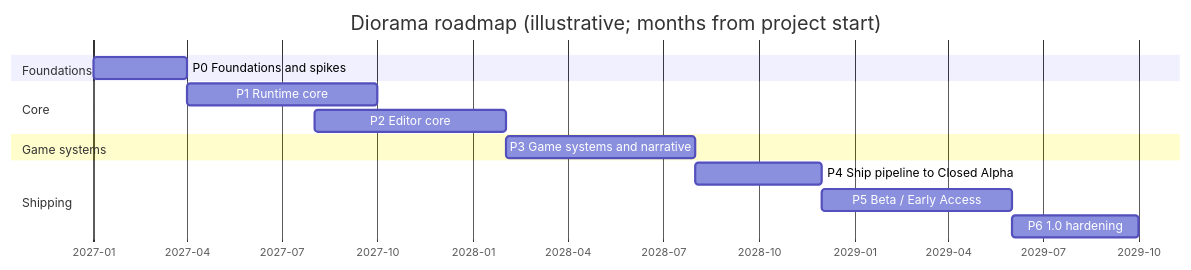
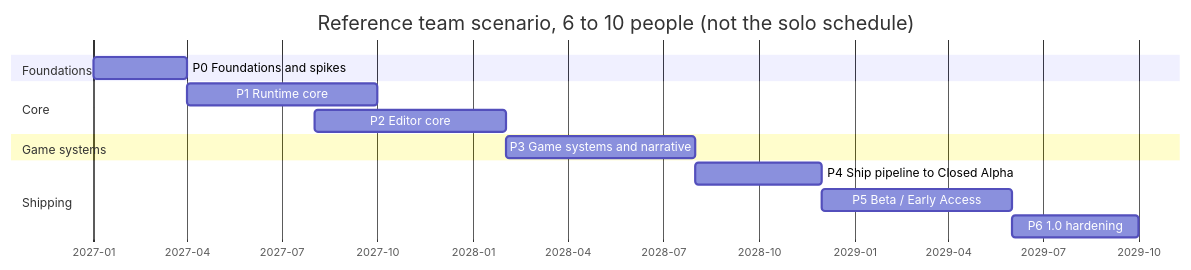
The first of 2 diagrams in docs/plan/08-roadmap.md (antonioditcharo/2D-HD-Pixel-Game-Engine), drawn with Mermaid before and after one commit. The commit also changed other lines of this file and 9 other files, not shown here.

````diff
--- a/docs/plan/08-roadmap.md
+++ b/docs/plan/08-roadmap.md
@@ -22,17 +29,17 @@
 ```mermaid
 gantt
     dateFormat  YYYY-MM
     axisFormat  %Y-%m
-    title Diorama roadmap (illustrative; months from project start)
+    title Reference team scenario, 6 to 10 people (not the solo schedule)
     section Foundations
     P0 Foundations and spikes          :p0, 2027-01, 3M
     section Core
     P1 Runtime core                    :p1, after p0, 6M
     P2 Editor core                     :p2, 2027-08, 6M
     section Game systems
     P3 Game systems and narrative      :p3, after p2, 6M
     section Shipping
     P4 Ship pipeline to Closed Alpha   :p4, after p3, 4M
     P5 Beta / Early Access             :p5, after p4, 6M
     P6 1.0 hardening                   :p6, after p5, 4M
 ```
````
